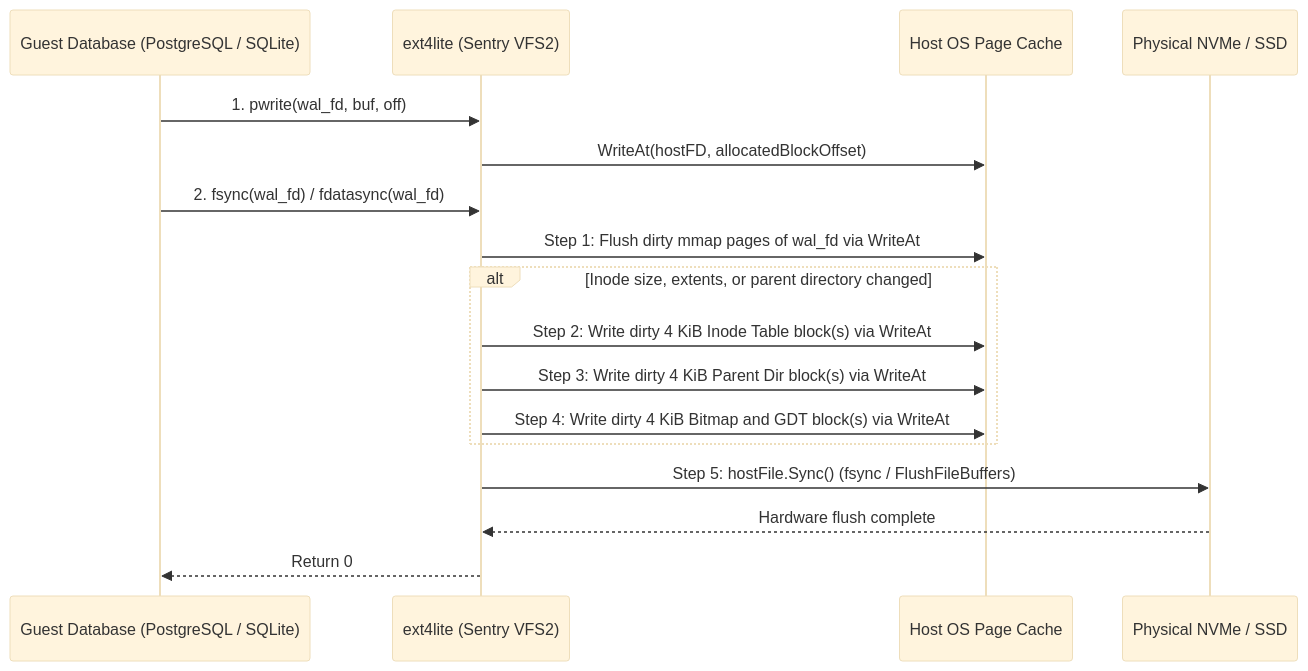
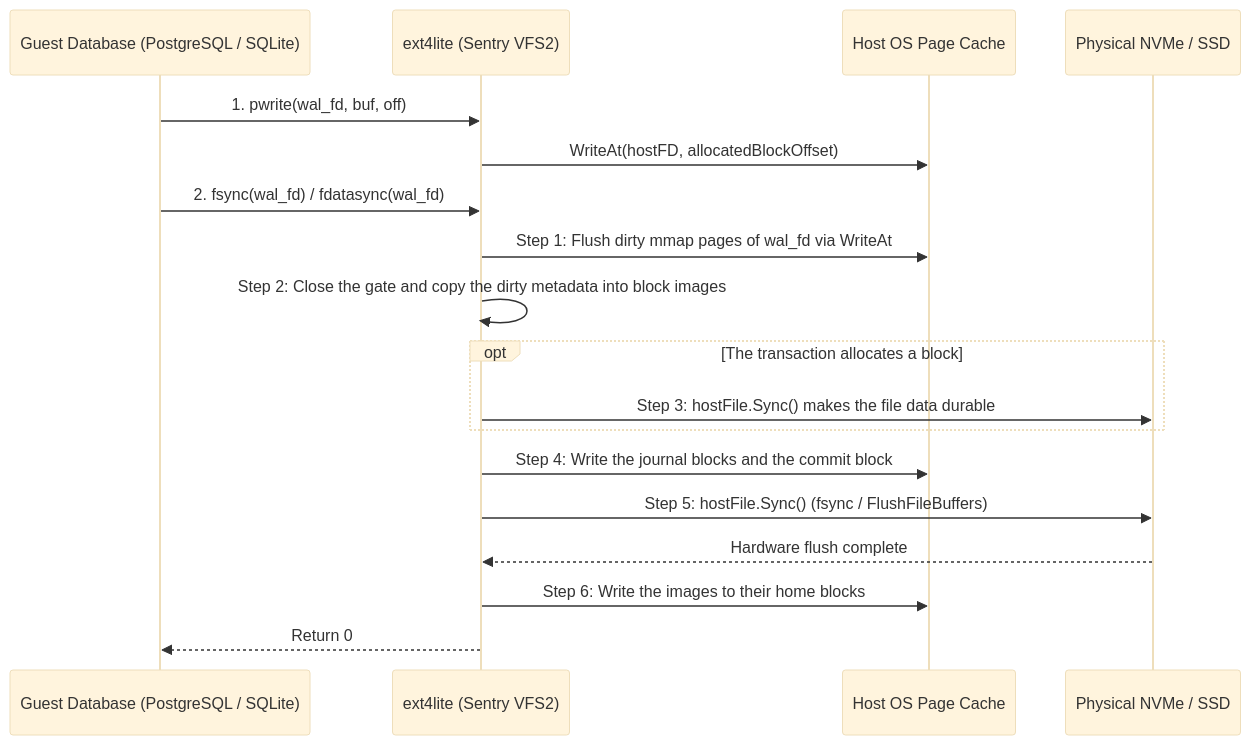
The diagram in docs/gvxip/gvxip-002-ext4lite-volume-engine.md (gfire-sigs/gvx), drawn with Mermaid (base theme) before and after one commit. The commit also changed other lines of this file and 3 other files, not shown here.

````diff
--- a/docs/gvxip/gvxip-002-ext4lite-volume-engine.md
+++ b/docs/gvxip/gvxip-002-ext4lite-volume-engine.md
@@ -144,20 +145,21 @@
 ```mermaid
 sequenceDiagram
     participant DB as Guest Database (PostgreSQL / SQLite)
     participant EXT4 as ext4lite (Sentry VFS2)
     participant PageCache as Host OS Page Cache
     participant Disk as Physical NVMe / SSD
 
     DB->>EXT4: 1. pwrite(wal_fd, buf, off)
     EXT4->>PageCache: WriteAt(hostFD, allocatedBlockOffset)
     DB->>EXT4: 2. fsync(wal_fd) / fdatasync(wal_fd)
     EXT4->>PageCache: Step 1: Flush dirty mmap pages of wal_fd via WriteAt
-    alt Inode size, extents, or parent directory changed
-        EXT4->>PageCache: Step 2: Write dirty 4 KiB Inode Table block(s) via WriteAt
-        EXT4->>PageCache: Step 3: Write dirty 4 KiB Parent Dir block(s) via WriteAt
-        EXT4->>PageCache: Step 4: Write dirty 4 KiB Bitmap and GDT block(s) via WriteAt
+    EXT4->>EXT4: Step 2: Close the gate and copy the dirty metadata into block images
+    opt The transaction allocates a block
+        EXT4->>Disk: Step 3: hostFile.Sync() makes the file data durable
     end
+    EXT4->>PageCache: Step 4: Write the journal blocks and the commit block
     EXT4->>Disk: Step 5: hostFile.Sync() (fsync / FlushFileBuffers)
     Disk-->>EXT4: Hardware flush complete
+    EXT4->>PageCache: Step 6: Write the images to their home blocks
     EXT4-->>DB: Return 0
 ```
````
